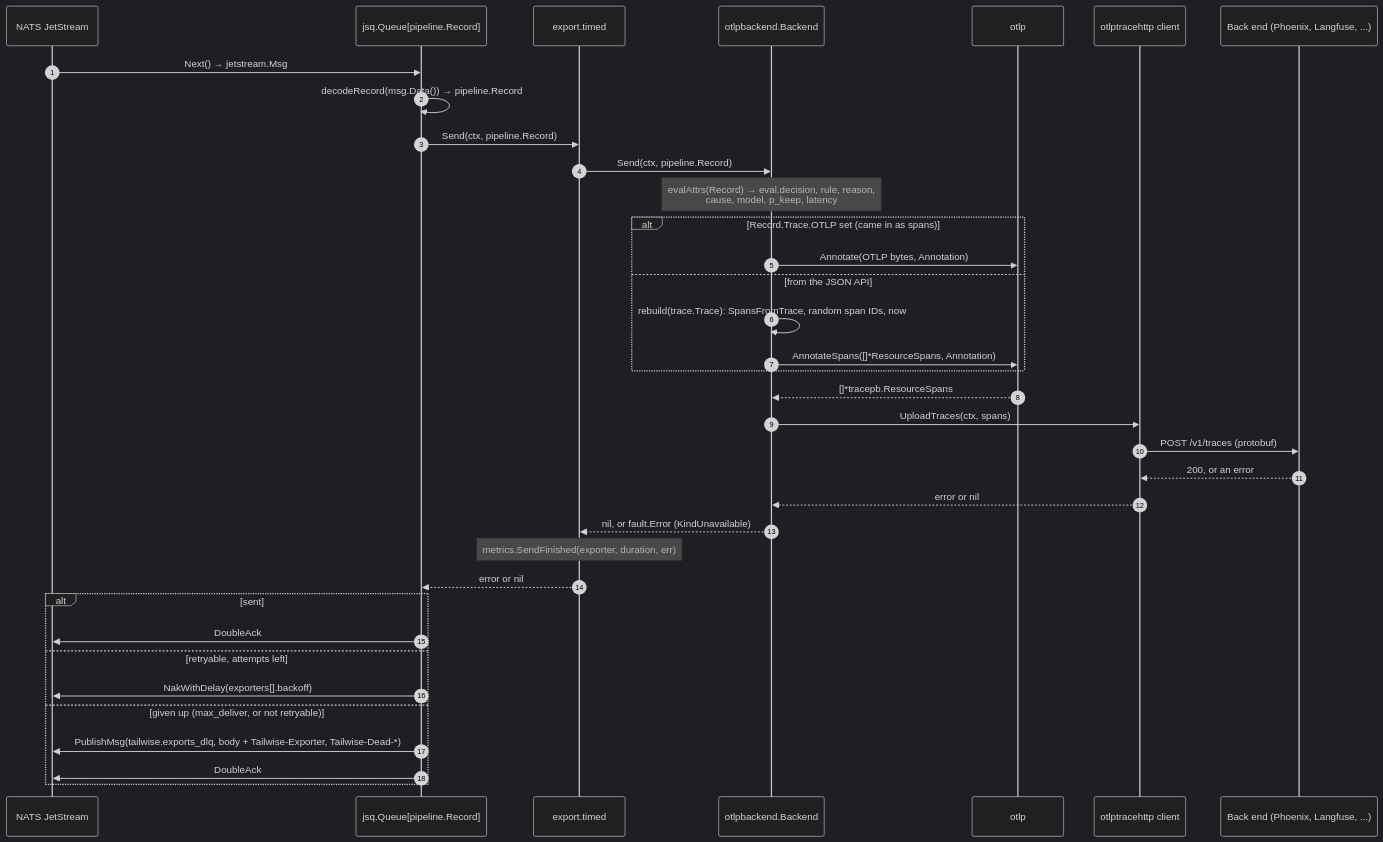
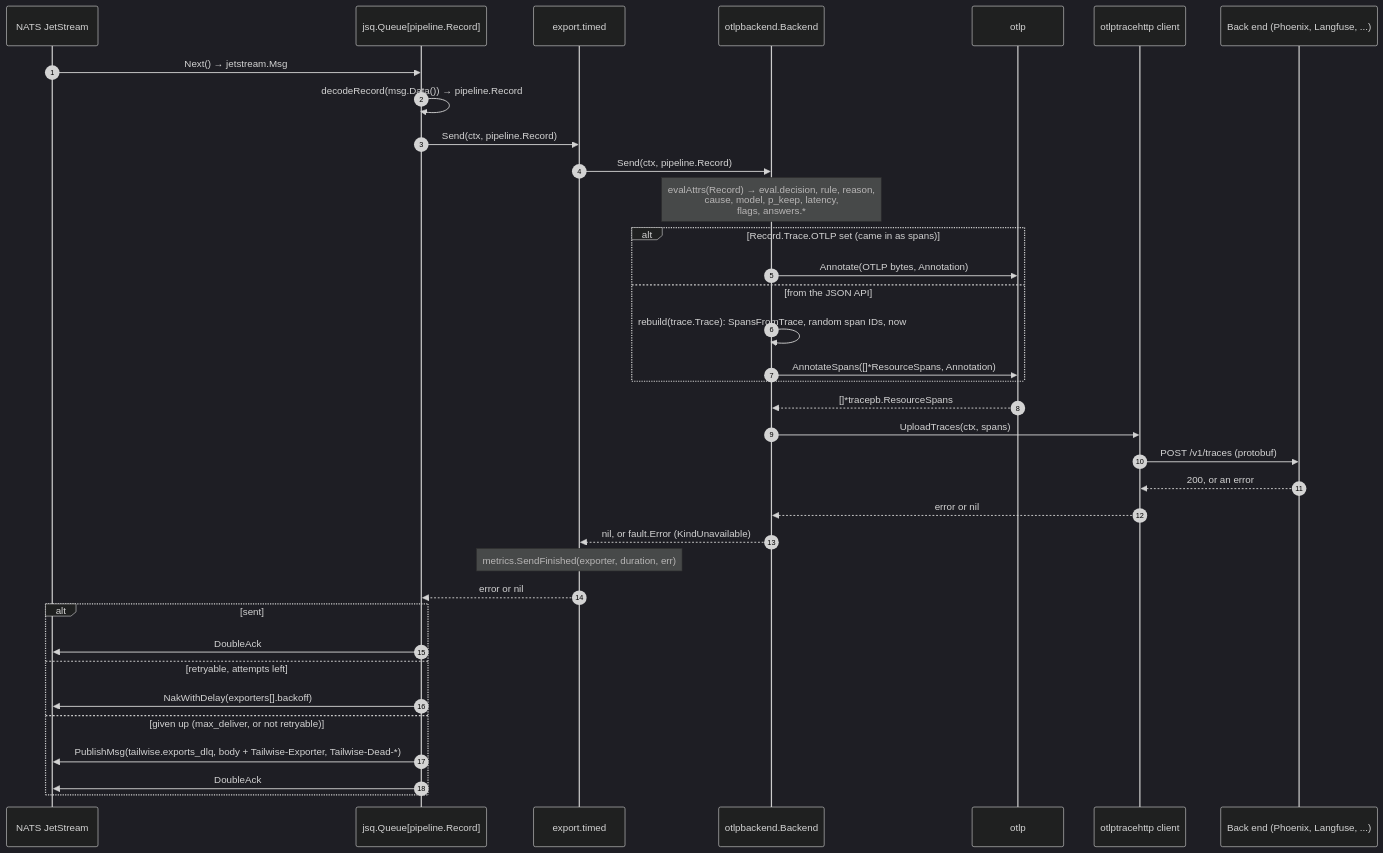
The third of 7 diagrams in architecture/sequence-diagrams.md (tecnosam/tailwise), drawn with Mermaid (dark theme) before and after one commit. The commit also changed 25 other files, not shown here.

Commit message:
feat(decision): keep a trace when any check flags it, with per-question thresholds and severity

````diff
--- a/architecture/sequence-diagrams.md
+++ b/architecture/sequence-diagrams.md
@@ -140,39 +140,39 @@
 ```mermaid
 sequenceDiagram
     autonumber
     participant JS as NATS JetStream
     participant EW as jsq.Queue[pipeline.Record]
     participant T as export.timed
     participant B as otlpbackend.Backend
     participant O as otlp
     participant Up as otlptracehttp client
     participant BE as Back end (Phoenix, Langfuse, ...)
 
     JS->>EW: Next() → jetstream.Msg
     EW->>EW: decodeRecord(msg.Data()) → pipeline.Record
     EW->>T: Send(ctx, pipeline.Record)
     T->>B: Send(ctx, pipeline.Record)
-    Note over B: evalAttrs(Record) → eval.decision, rule, reason,<br/>cause, model, p_keep, latency
+    Note over B: evalAttrs(Record) → eval.decision, rule, reason,<br/>cause, model, p_keep, latency,<br/>flags, answers.*
     alt Record.Trace.OTLP set (came in as spans)
         B->>O: Annotate(OTLP bytes, Annotation)
     else from the JSON API
         B->>B: rebuild(trace.Trace): SpansFromTrace, random span IDs, now
         B->>O: AnnotateSpans([]*ResourceSpans, Annotation)
     end
     O-->>B: []*tracepb.ResourceSpans
     B->>Up: UploadTraces(ctx, spans)
     Up->>BE: POST /v1/traces (protobuf)
     BE-->>Up: 200, or an error
     Up-->>B: error or nil
     B-->>T: nil, or fault.Error (KindUnavailable)
     Note over T: metrics.SendFinished(exporter, duration, err)
     T-->>EW: error or nil
     alt sent
         EW->>JS: DoubleAck
     else retryable, attempts left
         EW->>JS: NakWithDelay(exporters[].backoff)
     else given up (max_deliver, or not retryable)
         EW->>JS: PublishMsg(tailwise.exports_dlq, body + Tailwise-Exporter, Tailwise-Dead-*)
         EW->>JS: DoubleAck
     end
 ```
````
